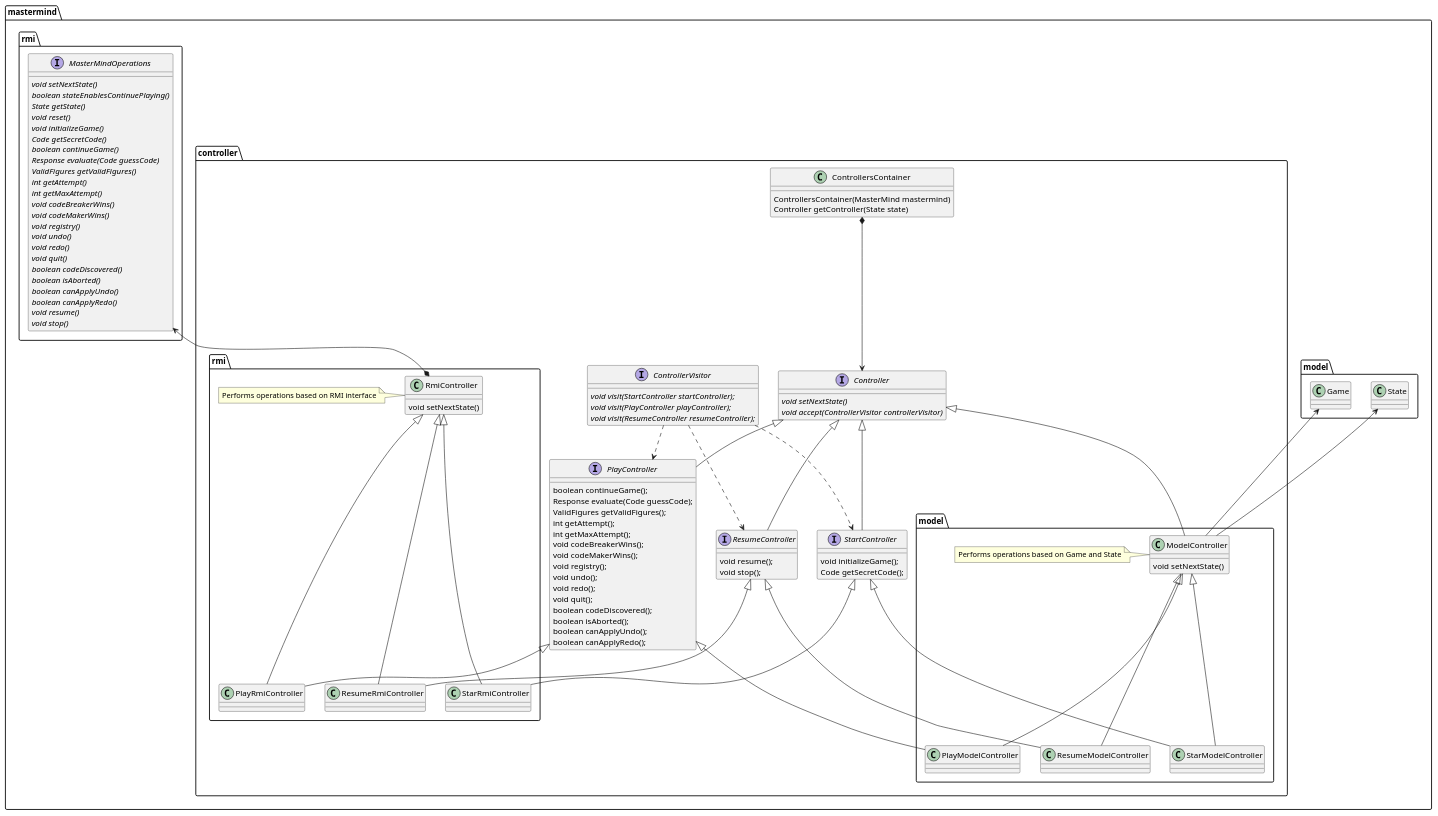
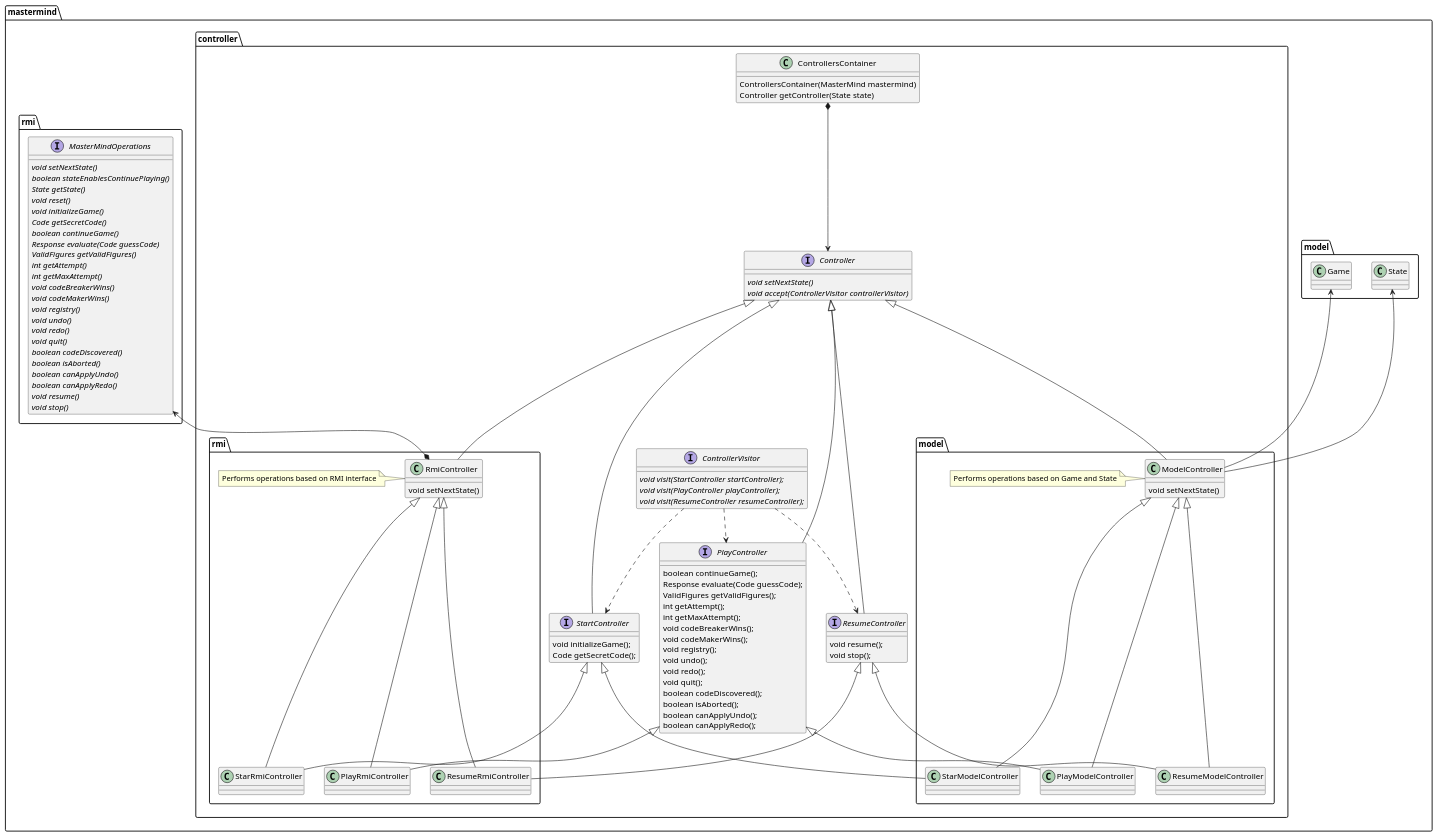
One commit to ciscoruiz/mastermind changed the diagram in doc/mastermind.controller.puml. Above: the diagram before and after it, drawn with PlantUML. The commit also changed 1 other file, not shown here.

Commit message:
Improve diagram for mastermind.controller and mastermind.view

```diff
--- a/doc/mastermind.controller.puml
+++ b/doc/mastermind.controller.puml
@@ -1,134 +1,135 @@
 @startuml
 
 package mastermind.model {
     class Game
     class State
 }
 
 package mastermind.controller {
 interface Controller {
    {abstract} void setNextState()
    {abstract} void accept(ControllerVisitor controllerVisitor)
 }
 
 class ControllersContainer {
     ControllersContainer(MasterMind mastermind)
     Controller getController(State state) 
 }
 
 interface StartController {
    void initializeGame();
    Code getSecretCode();
 }
 
 interface PlayController {
     boolean continueGame();
     Response evaluate(Code guessCode);
     ValidFigures getValidFigures();
     int getAttempt();
     int getMaxAttempt();
     void codeBreakerWins();
     void codeMakerWins();
     void registry();
     void undo();
     void redo();
     void quit();
     boolean codeDiscovered();
     boolean isAborted();
     boolean canApplyUndo();
     boolean canApplyRedo();
 }
 
 interface ResumeController {
    void resume();
    void stop();
 }
 
 interface ControllerVisitor {
    {abstract}void visit(StartController startController);
    {abstract}void visit(PlayController playController);
    {abstract}void visit(ResumeController resumeController);
 }
 }
 
 package mastermind.controller.model {
     class ModelController {
        void setNextState()
     }
     note left: Performs operations based on Game and State
     ModelController -up-> Game
     ModelController -up-> State
 
     class StarModelController
     class PlayModelController
     class ResumeModelController
 
     ModelController <|-down-- StarModelController
     ModelController <|-down-- PlayModelController
     ModelController <|-down-- ResumeModelController
 
     StartController <|-down- StarModelController
     PlayController <|-down- PlayModelController
     ResumeController <|-down- ResumeModelController
 }
 
 package mastermind.controller.rmi {
     class RmiController {
        void setNextState()
     }
     note left: Performs operations based on RMI interface
 
     interface  mastermind.rmi.MasterMindOperations {
        {abstract}void setNextState()
        {abstract}boolean stateEnablesContinuePlaying()
        {abstract}State getState()
        {abstract}void reset()
        {abstract}void initializeGame()
        {abstract}Code getSecretCode()
        {abstract}boolean continueGame()
        {abstract}Response evaluate(Code guessCode)
        {abstract}ValidFigures getValidFigures()
        {abstract}int getAttempt()
        {abstract}int getMaxAttempt()
        {abstract}void codeBreakerWins()
        {abstract}void codeMakerWins()
        {abstract}void registry()
        {abstract}void undo()
        {abstract}void redo()
        {abstract}void quit()
        {abstract}boolean codeDiscovered()
        {abstract}boolean isAborted()
        {abstract}boolean canApplyUndo()
        {abstract}boolean canApplyRedo()
        {abstract}void resume()
        {abstract}void stop()
     }
 
     RmiController *-up-> mastermind.rmi.MasterMindOperations
 
     class StarRmiController
     class PlayRmiController
     class ResumeRmiController
 
     RmiController <|-down-- StarRmiController
     RmiController <|-down-- PlayRmiController
     RmiController <|-down-- ResumeRmiController
 
     StartController <|-down- StarRmiController
     PlayController <|-down- PlayRmiController
     ResumeController <|-down- ResumeRmiController
 }
 
 ControllersContainer  *--> Controller
 
 Controller <|-down- StartController
 Controller <|-down- PlayController
 Controller <|-down- ResumeController
 
 Controller <|-down- ModelController
+Controller <|-down- RmiController
 
 ControllerVisitor -[dashed]-> StartController
 ControllerVisitor -[dashed]-> PlayController
 ControllerVisitor -[dashed]-> ResumeController
 
 @enduml
```
